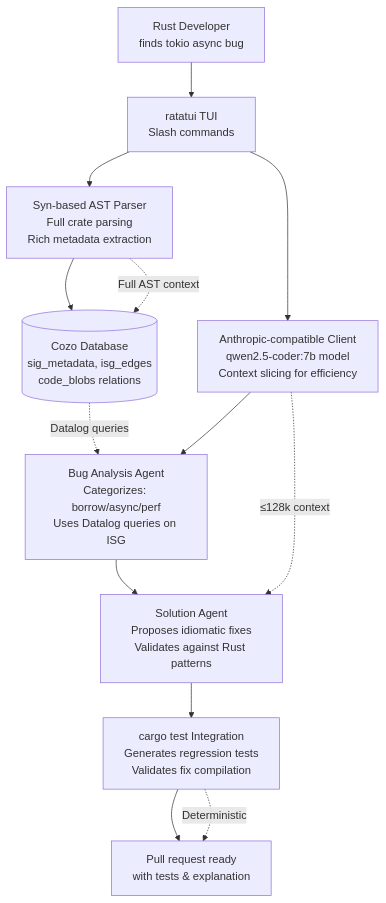
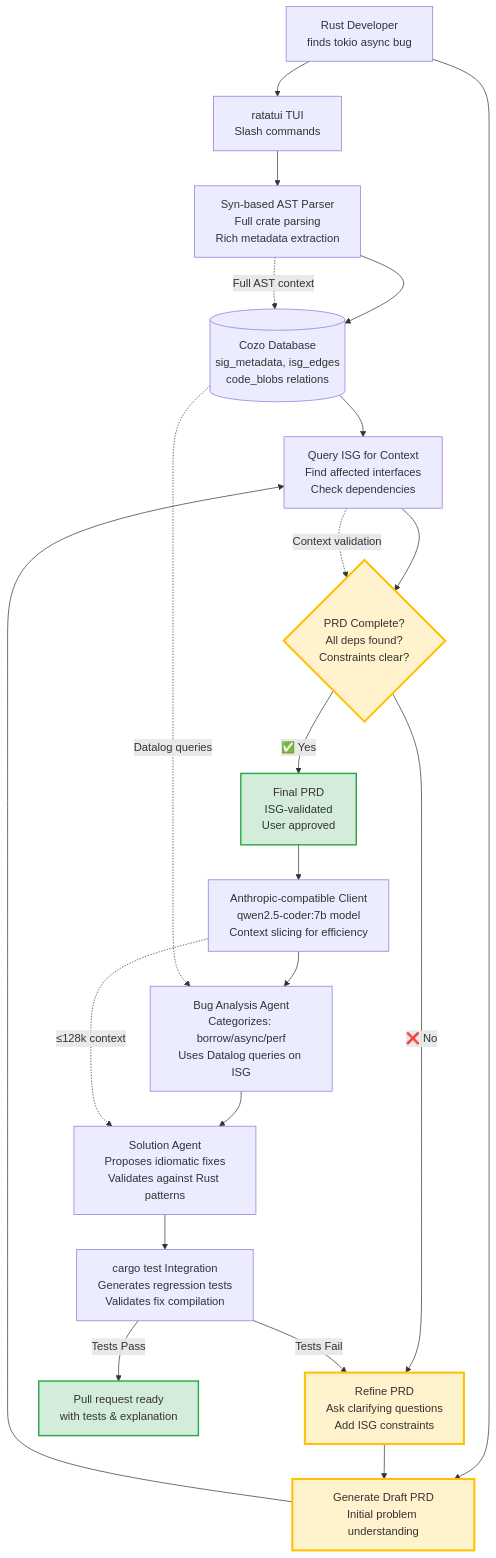
Before and after one commit to that-in-rust/transfiguration: the second of 17 diagrams in Insp09_ActiveWorkspaces_StrategicInitiatives/Insp04_PRD202510/P14ThreeJourneys.md, drawn with Mermaid. The commit also changed other lines of this file and 1 other file, not shown here.

Commit message:
Insp09_ActiveWorkspaces_StrategicInitiatives/Insp04_PRD202510/P15ValidateArchitecture.md

````diff
--- a/Insp09_ActiveWorkspaces_StrategicInitiatives/Insp04_PRD202510/P14ThreeJourneys.md
+++ b/Insp09_ActiveWorkspaces_StrategicInitiatives/Insp04_PRD202510/P14ThreeJourneys.md
@@ -110,17 +120,40 @@
 ```mermaid
 flowchart TD
     Developer["Rust Developer<br/>finds tokio async bug"] --> TUI["ratatui TUI<br/>Slash commands"]
     TUI --> SynParser["Syn-based AST Parser<br/>Full crate parsing<br/>Rich metadata extraction"]
     SynParser --> CozoDB[("Cozo Database<br/>sig_metadata, isg_edges<br/>code_blobs relations")]
-    TUI --> LLMClient["Anthropic-compatible Client<br/>qwen2.5-coder:7b model<br/>Context slicing for efficiency"]
+    
+    %% PRD Iteration Loop
+    Developer --> PRD_DRAFT["Generate Draft PRD<br/>Initial problem understanding"]
+    PRD_DRAFT --> ISG_QUERY["Query ISG for Context<br/>Find affected interfaces<br/>Check dependencies"]
+    
+    CozoDB --> ISG_QUERY
+    ISG_QUERY --> VALIDATE{PRD Complete?<br/>All deps found?<br/>Constraints clear?}
+    
+    VALIDATE -->|❌ No| REFINE["Refine PRD<br/>Ask clarifying questions<br/>Add ISG constraints"]
+    REFINE --> PRD_DRAFT
+    
+    VALIDATE -->|✅ Yes| PRD_FINAL["Final PRD<br/>ISG-validated<br/>User approved"]
+    
+    %% Bug Analysis with ISG
+    PRD_FINAL --> LLMClient["Anthropic-compatible Client<br/>qwen2.5-coder:7b model<br/>Context slicing for efficiency"]
     LLMClient --> BugAnalyzer["Bug Analysis Agent<br/>Categorizes: borrow/async/perf<br/>Uses Datalog queries on ISG"]
     BugAnalyzer --> SolutionAgent["Solution Agent<br/>Proposes idiomatic fixes<br/>Validates against Rust patterns"]
+    
+    %% Test and Validate
     SolutionAgent --> TestAgent["cargo test Integration<br/>Generates regression tests<br/>Validates fix compilation"]
-    TestAgent --> PRReady["Pull request ready<br/>with tests & explanation"]
+    TestAgent -->|Tests Pass| PRReady["Pull request ready<br/>with tests & explanation"]
+    TestAgent -->|Tests Fail| REFINE
 
     %% Technical constraints and optimizations
     CozoDB -.->|Datalog queries| BugAnalyzer
     SynParser -.->|Full AST context| CozoDB
     LLMClient -.->|≤128k context| SolutionAgent
-    TestAgent -.->|Deterministic| PRReady
+    ISG_QUERY -.->|Context validation| VALIDATE
+    
+    %% Styling
+    classDef critical fill:#fff3cd,stroke:#ffc107,stroke-width:3px
+    classDef success fill:#d4edda,stroke:#28a745,stroke-width:2px
+    class PRD_DRAFT,REFINE,VALIDATE critical
+    class PRD_FINAL,PRReady success
 ```
````
